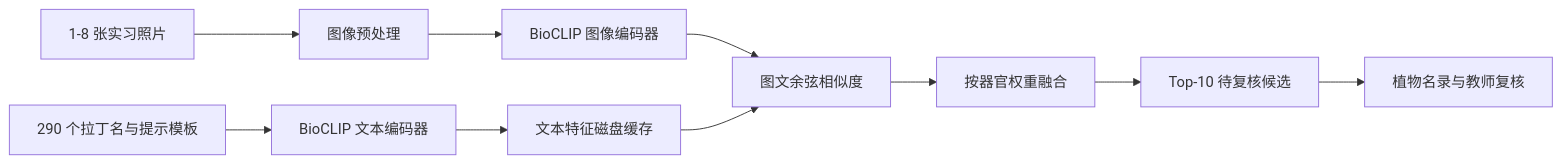
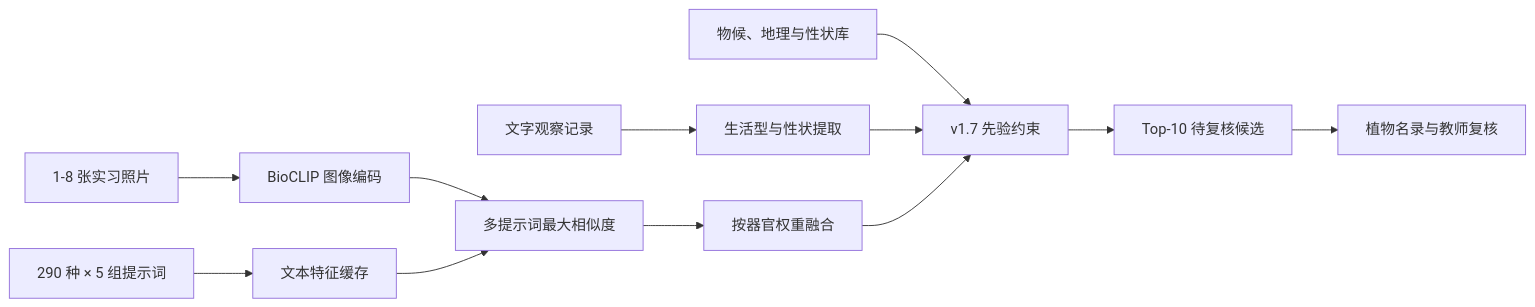
One commit to guoyukun61-droid/bashang-plant-assistant changed the diagram in docs/BioCLIP模型使用与配置教学.md. Above: the diagram before and after it, drawn with Mermaid. The commit also changed other lines of this file and 17 other files, not shown here.

Commit message:
Integrate BioCLIP v1.7 multimodal identification

````diff
--- a/docs/BioCLIP模型使用与配置教学.md
+++ b/docs/BioCLIP模型使用与配置教学.md
@@ -58,12 +62,14 @@
 ```mermaid
 flowchart LR
-  A["1-8 张实习照片"] --> B["图像预处理"]
-  B --> C["BioCLIP 图像编码器"]
-  D["290 个拉丁名与提示模板"] --> E["BioCLIP 文本编码器"]
-  E --> F["文本特征磁盘缓存"]
-  C --> G["图文余弦相似度"]
-  F --> G
-  G --> H["按器官权重融合"]
-  H --> I["Top-10 待复核候选"]
-  I --> J["植物名录与教师复核"]
+  A["1-8 张实习照片"] --> B["BioCLIP 图像编码"]
+  C["290 种 × 5 组提示词"] --> D["文本特征缓存"]
+  B --> E["多提示词最大相似度"]
+  D --> E
+  E --> F["按器官权重融合"]
+  G["文字观察记录"] --> H["生活型与性状提取"]
+  I["物候、地理与性状库"] --> J["v1.7 先验约束"]
+  H --> J
+  F --> J
+  J --> K["Top-10 待复核候选"]
+  K --> L["植物名录与教师复核"]
 ```
````
